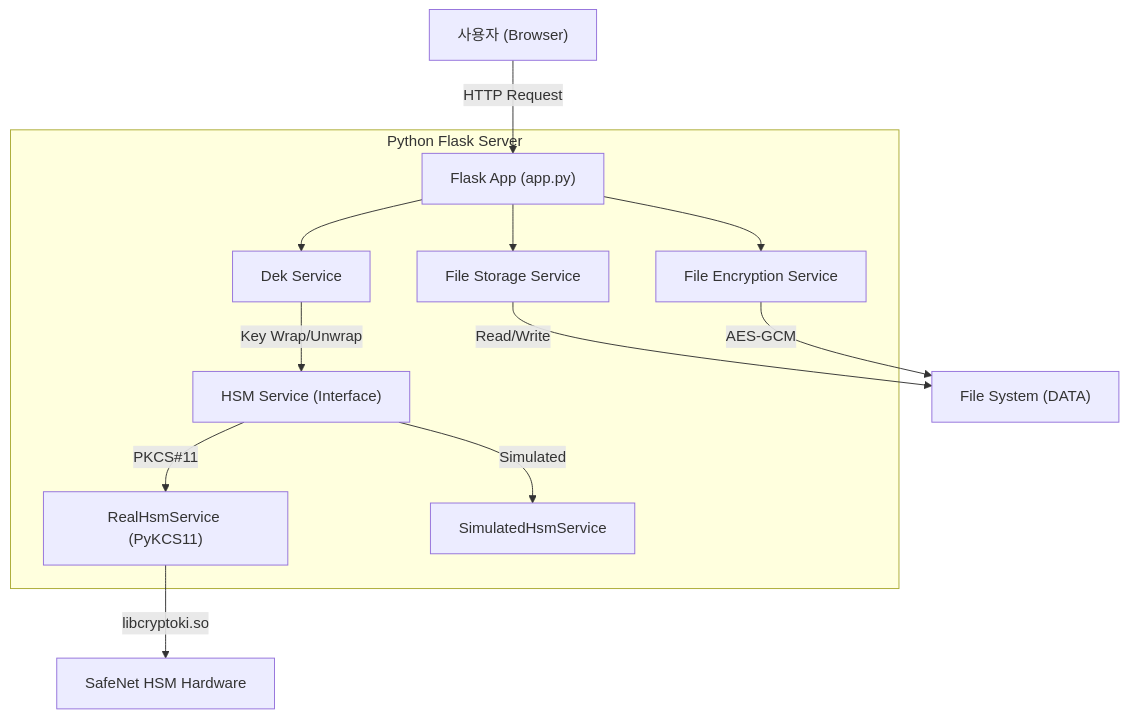
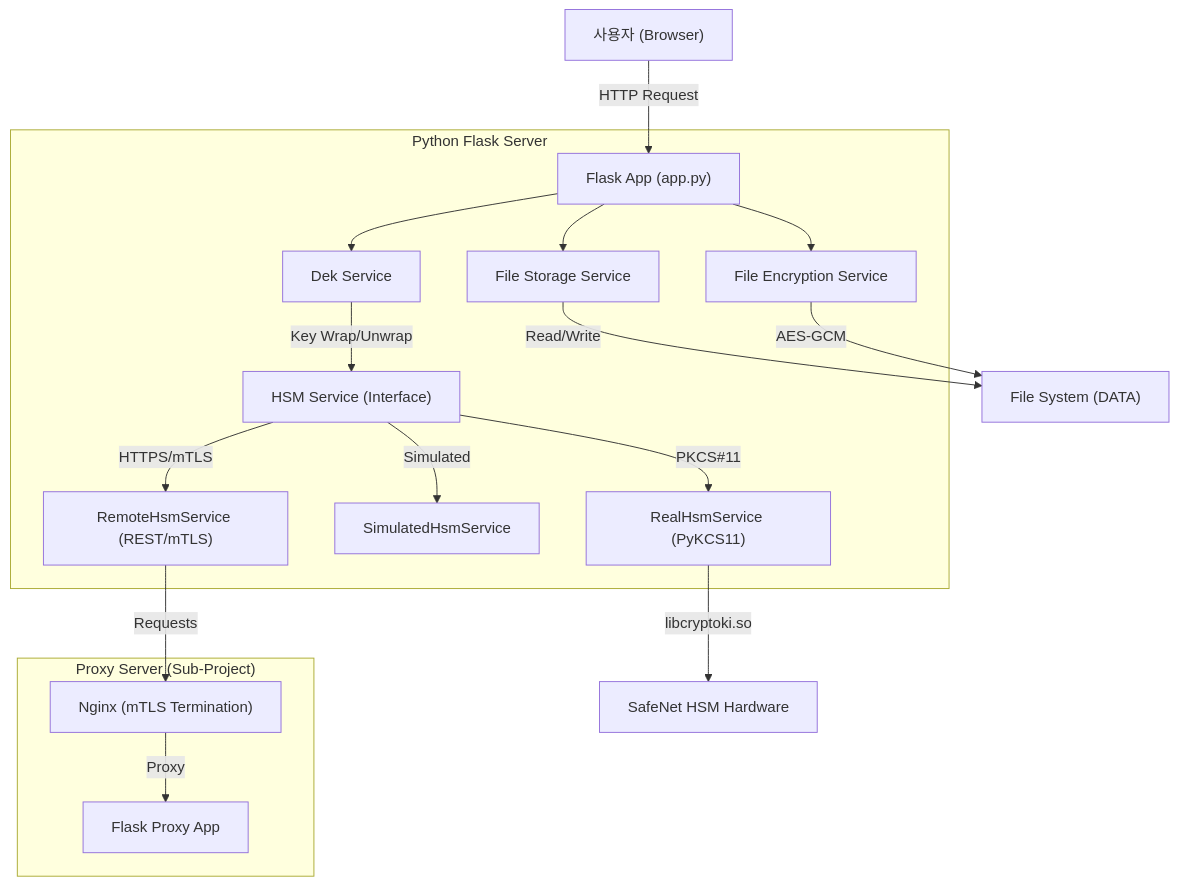
The first of 3 diagrams in README.md (sjrhee/CryptoFileKekPython), drawn with Mermaid before and after one commit. The commit also changed other lines of this file, not shown here.

Commit message:
Update: Enhance stop.sh reliability and Update README.md - Improved stop.sh to force kill orphaned Nginx processes - Updated README.md with Remote HSM details and diagram

````diff
--- a/README.md
+++ b/README.md
@@ -40,29 +44,40 @@
 ```mermaid
 graph TD
     User["사용자 (Browser)"]
     
     subgraph "Python Flask Server"
         App["Flask App (app.py)"]
         FES["File Encryption Service"]
         DS["Dek Service"]
         FSS["File Storage Service"]
         HSM["HSM Service (Interface)"]
         RealHSM["RealHsmService (PyKCS11)"]
         SimHSM["SimulatedHsmService"]
+        RemoteHSM["RemoteHsmService (REST/mTLS)"]
+    end
+    
+    subgraph "Proxy Server (Sub-Project)"
+        Proxy["Flask Proxy App"]
+        Nginx["Nginx (mTLS Termination)"]
     end
     
     FS["File System (DATA)"]
     HW_HSM["SafeNet HSM Hardware"]
     
     User -->|HTTP Request| App
     App --> FSS
     App --> DS
     App --> FES
     
     FSS -->|Read/Write| FS
     DS -->|Key Wrap/Unwrap| HSM
     HSM -->|Simulated| SimHSM
     HSM -->|PKCS#11| RealHSM
+    HSM -->|HTTPS/mTLS| RemoteHSM
+    
+    RemoteHSM -->|Requests| Nginx
+    Nginx -->|Proxy| Proxy
+    
     RealHSM -->|libcryptoki.so| HW_HSM
     FES -->|AES-GCM| FS
 ```
````
